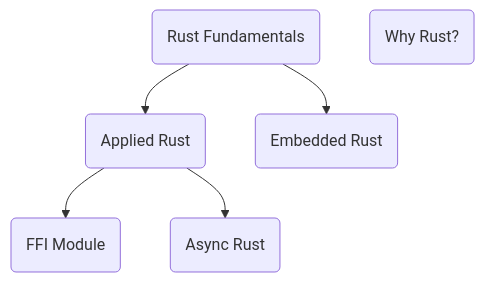
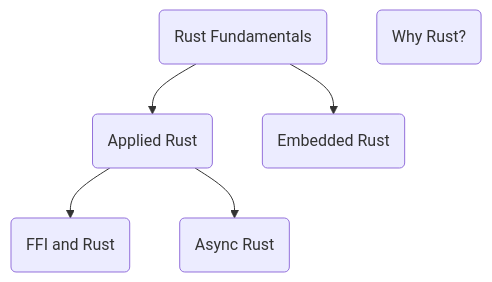
One commit to ferrous-systems/rust-training changed the diagram in training-slides/src/start_here.md. Above: the diagram before and after it, drawn with Mermaid. The commit also changed other lines of this file, not shown here.

````diff
--- a/training-slides/src/start_here.md
+++ b/training-slides/src/start_here.md
@@ -7,8 +7,8 @@
 ```mermaid
 graph TD;
     A(Rust Fundamentals)-->B(Applied Rust);
-    B-->C(FFI Module);
+    B-->C(FFI and Rust);
     B-->D(Async Rust);
     A-->E(Embedded Rust);
     F(Why Rust?);
 ```
````
